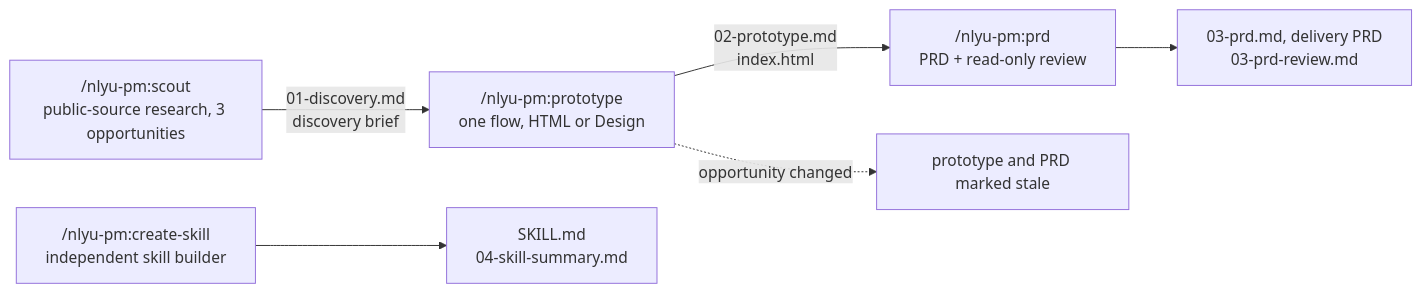
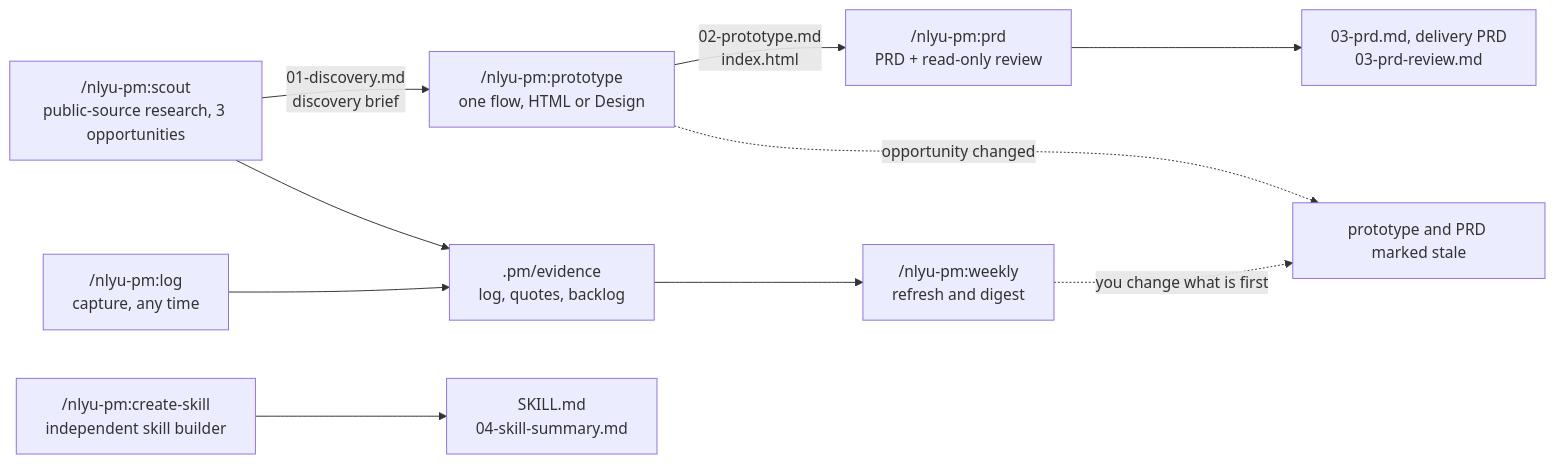
One commit to niancilyu-2/nlyu-pm changed the diagram in README.md. Above: the diagram before and after it, drawn with Mermaid. The commit also changed other lines of this file and 32 other files, not shown here.

First line of the commit message:
Add log and weekly skills, a lasting evidence base, and stage intakes

````diff
--- a/README.md
+++ b/README.md
@@ -139,8 +141,12 @@
 ```mermaid
 flowchart LR
   S["/nlyu-pm:scout<br/>public-source research, 3 opportunities"] -->|"01-discovery.md<br/>discovery brief"| P["/nlyu-pm:prototype<br/>one flow, HTML or Design"]
   P -->|"02-prototype.md<br/>index.html"| R["/nlyu-pm:prd<br/>PRD + read-only review"]
   R --> H["03-prd.md, delivery PRD<br/>03-prd-review.md"]
   P -. "opportunity changed" .-> stale["prototype and PRD marked stale"]
+  L["/nlyu-pm:log<br/>capture, any time"] --> E[".pm/evidence<br/>log, quotes, backlog"]
+  S --> E
+  E --> W["/nlyu-pm:weekly<br/>refresh and digest"]
+  W -. "you change what is first" .-> stale
   C["/nlyu-pm:create-skill<br/>independent skill builder"] --> K["SKILL.md<br/>04-skill-summary.md"]
 ```
````
